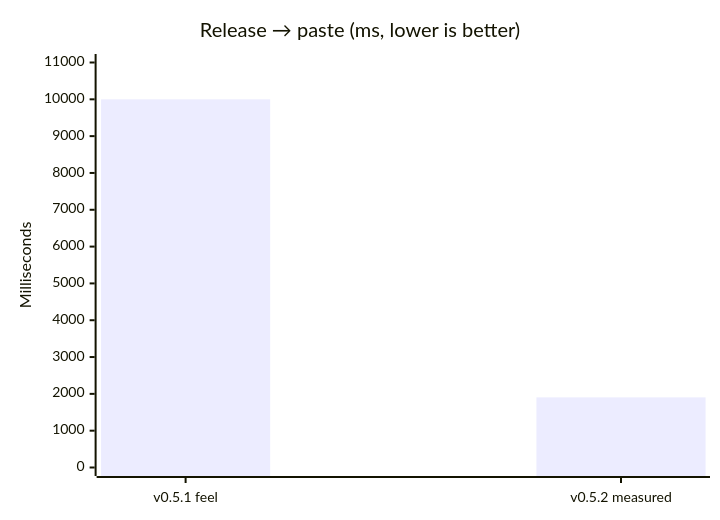
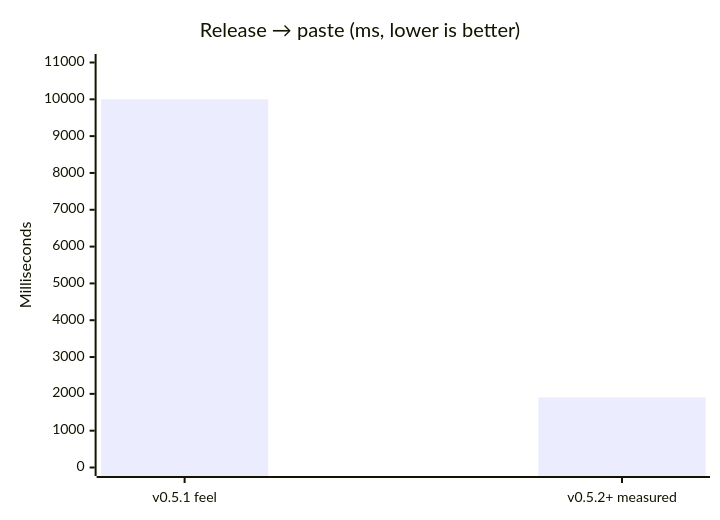
Before and after one commit to leviathofnoesia/atmospeak: the third of 3 diagrams in README.md, drawn with Mermaid. The commit also changed other lines of this file and 37 other files, not shown here.

````diff
--- a/README.md
+++ b/README.md
@@ -66,7 +200,7 @@
 ```mermaid
 xychart-beta
     title "Release → paste (ms, lower is better)"
-    x-axis ["v0.5.1 feel", "v0.5.2 measured"]
+    x-axis ["v0.5.1 feel", "v0.5.2+ measured"]
     y-axis "Milliseconds" 0 --> 11000
     bar [10000, 1905]
 ```
````
